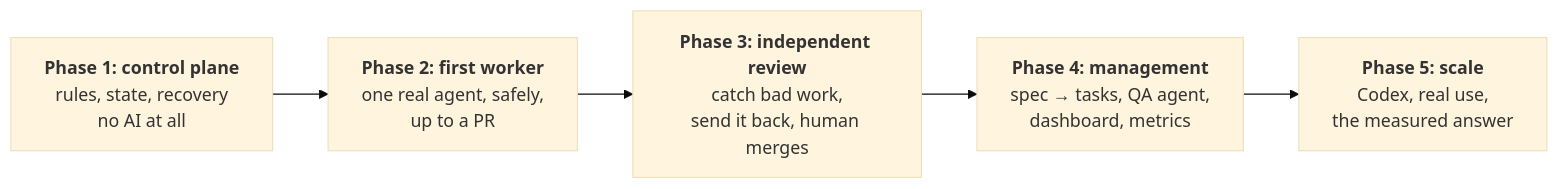
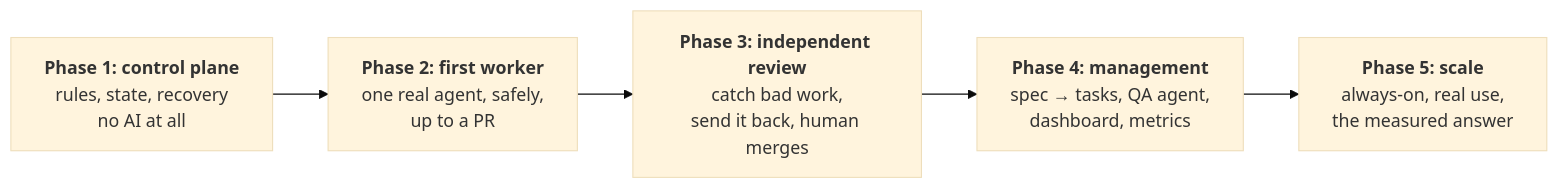
Before and after one commit to bharathcmbox/axiom: the second of 3 diagrams in docs/guide/14-how-it-was-built.md, drawn with Mermaid (base theme). The commit also changed 10 other files, not shown here.

````diff
--- a/docs/guide/14-how-it-was-built.md
+++ b/docs/guide/14-how-it-was-built.md
@@ -34,7 +34,7 @@
 ```mermaid
 flowchart LR
     p1["<b>Phase 1: control plane</b><br/>rules, state, recovery<br/>no AI at all"] --> p2["<b>Phase 2: first worker</b><br/>one real agent, safely,<br/>up to a PR"]
     p2 --> p3["<b>Phase 3: independent review</b><br/>catch bad work,<br/>send it back, human merges"]
     p3 --> p4["<b>Phase 4: management</b><br/>spec → tasks, QA agent,<br/>dashboard, metrics"]
-    p4 --> p5["<b>Phase 5: scale</b><br/>Codex, real use,<br/>the measured answer"]
+    p4 --> p5["<b>Phase 5: scale</b><br/>always-on, real use,<br/>the measured answer"]
 ```
````
